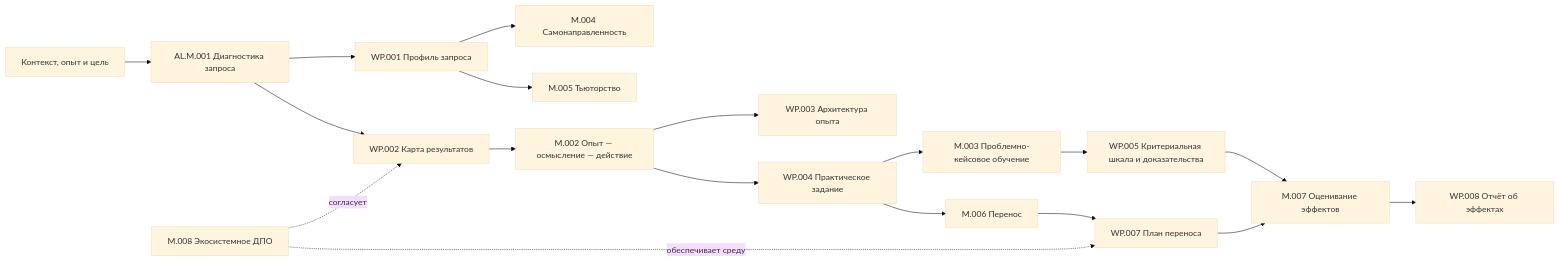
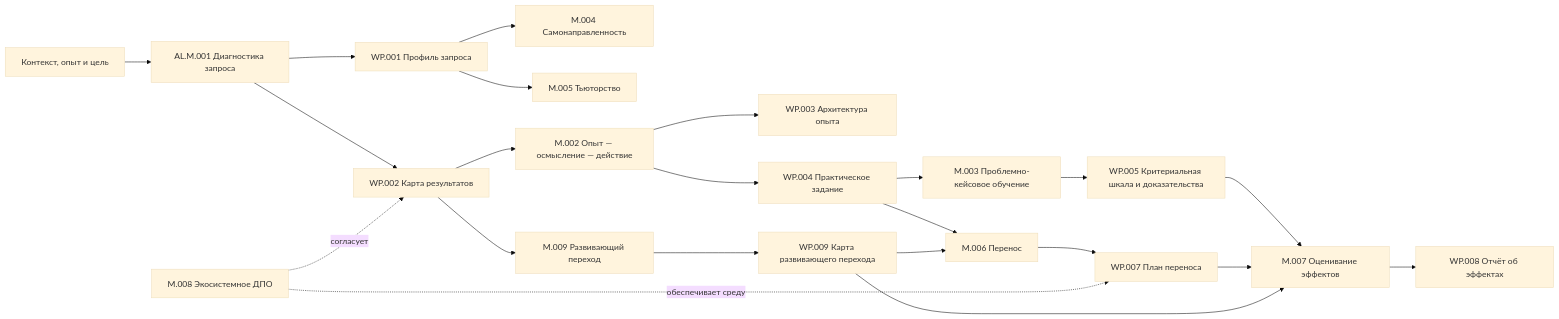
One commit to ARB774/PACK-adult-learning changed the diagram in 07-map/AL.MAP.001-domain-map.md. Above: the diagram before and after it, drawn with Mermaid (base theme). The commit also changed other lines of this file and 20 other files, not shown here.

````diff
--- a/07-map/AL.MAP.001-domain-map.md
+++ b/07-map/AL.MAP.001-domain-map.md
@@ -15,20 +15,24 @@
 ```mermaid
 flowchart LR
     A["Контекст, опыт и цель"] --> M1["AL.M.001 Диагностика запроса"]
     M1 --> W1["WP.001 Профиль запроса"]
     M1 --> W2["WP.002 Карта результатов"]
     W1 --> M4["M.004 Самонаправленность"]
     W1 --> M5["M.005 Тьюторство"]
     W2 --> M2["M.002 Опыт — осмысление — действие"]
     M2 --> W3["WP.003 Архитектура опыта"]
     M2 --> W4["WP.004 Практическое задание"]
     W4 --> M3["M.003 Проблемно-кейсовое обучение"]
     M3 --> W5["WP.005 Критериальная шкала и доказательства"]
     W4 --> M6["M.006 Перенос"]
     M6 --> W7["WP.007 План переноса"]
     W5 --> M7["M.007 Оценивание эффектов"]
     W7 --> M7
     M7 --> W8["WP.008 Отчёт об эффектах"]
     M8["M.008 Экосистемное ДПО"] -. согласует .-> W2
     M8 -. обеспечивает среду .-> W7
+    W2 --> M9["M.009 Развивающий переход"]
+    M9 --> W9["WP.009 Карта развивающего перехода"]
+    W9 --> M6
+    W9 --> M7
 ```
````
